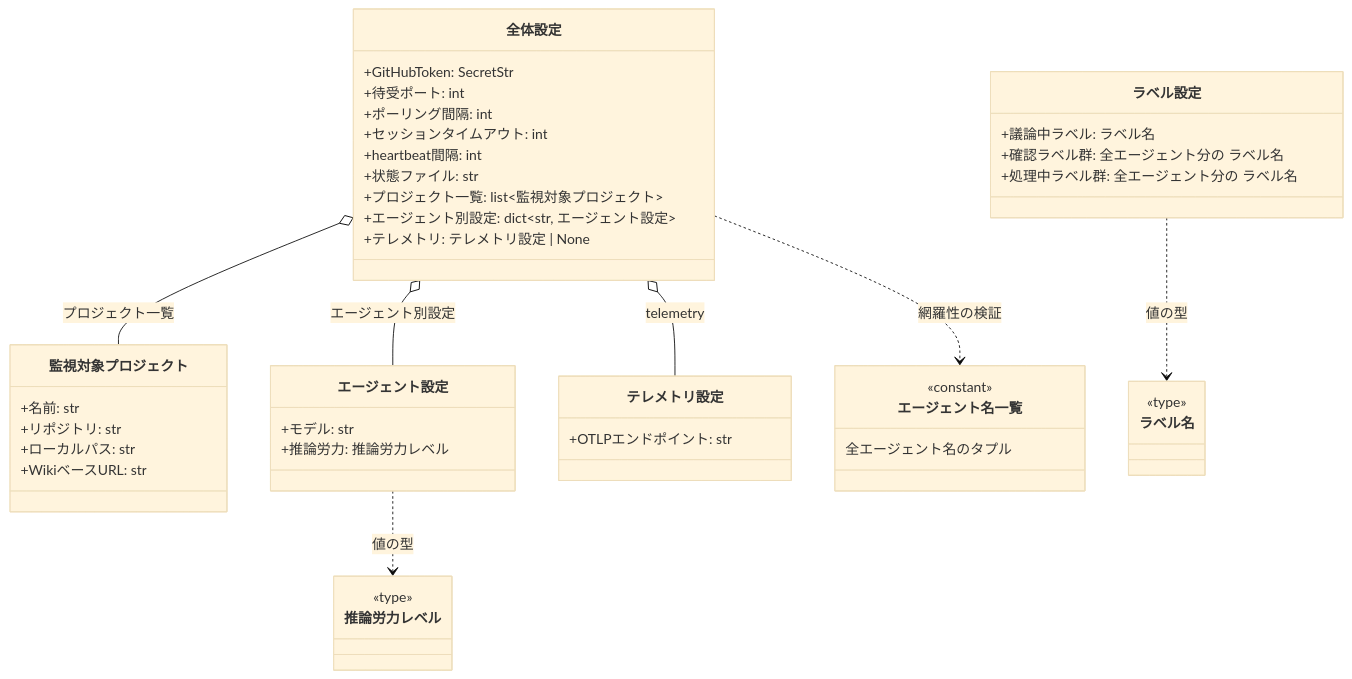
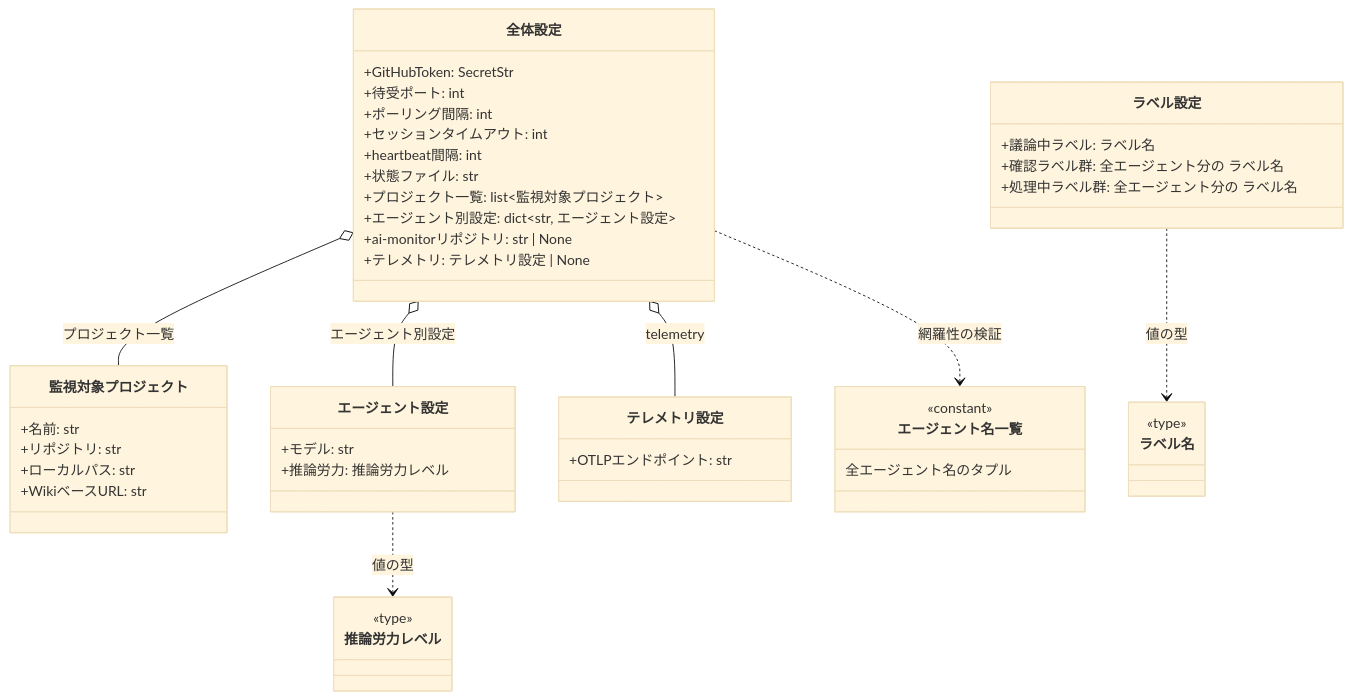
The second of 5 diagrams in docs/wiki/設計図/モジュール構成/モニター/エージェント管理.py.md (shuhei1101/ai-monitor), drawn with Mermaid (base theme) before and after one commit. The commit also changed other lines of this file and 52 other files, not shown here.

````diff
--- a/docs/wiki/設計図/モジュール構成/モニター/エージェント管理.py.md
+++ b/docs/wiki/設計図/モジュール構成/モニター/エージェント管理.py.md
@@ -104,59 +104,60 @@
 ```mermaid
 classDiagram
   direction TD
   全体設定 o-- 監視対象プロジェクト : プロジェクト一覧
   全体設定 o-- エージェント設定 : エージェント別設定
   全体設定 o-- テレメトリ設定 : telemetry
   全体設定 ..> エージェント名一覧 : 網羅性の検証
   エージェント設定 ..> 推論労力レベル : 値の型
   ラベル設定 ..> ラベル名 : 値の型
 
   class 全体設定 {
     +GitHubToken: SecretStr
     +待受ポート: int
     +ポーリング間隔: int
     +セッションタイムアウト: int
     +heartbeat間隔: int
     +状態ファイル: str
     +プロジェクト一覧: list~監視対象プロジェクト~
     +エージェント別設定: dict~str, エージェント設定~
+    +ai-monitorリポジトリ: str | None
     +テレメトリ: テレメトリ設定 | None
   }
   class 監視対象プロジェクト {
     +名前: str
     +リポジトリ: str
     +ローカルパス: str
     +WikiベースURL: str
   }
   class エージェント設定 {
     +モデル: str
     +推論労力: 推論労力レベル
   }
   class 推論労力レベル {
     <<type>>
   }
   class テレメトリ設定 {
     +OTLPエンドポイント: str
   }
   class エージェント名一覧 {
     <<constant>>
     全エージェント名のタプル
   }
   class ラベル設定 {
     +議論中ラベル: ラベル名
     +確認ラベル群: 全エージェント分の ラベル名
     +処理中ラベル群: 全エージェント分の ラベル名
   }
   class ラベル名 {
     <<type>>
   }
 
   click 全体設定 href "#全体設定"
   click 監視対象プロジェクト href "#監視対象プロジェクト"
   click エージェント設定 href "#エージェント設定"
   click 推論労力レベル href "#推論労力レベル"
   click テレメトリ設定 href "#テレメトリ設定"
   click エージェント名一覧 href "#エージェント名一覧"
   click ラベル設定 href "#ラベル設定"
   click ラベル名 href "#ラベル名"
 ```
````
